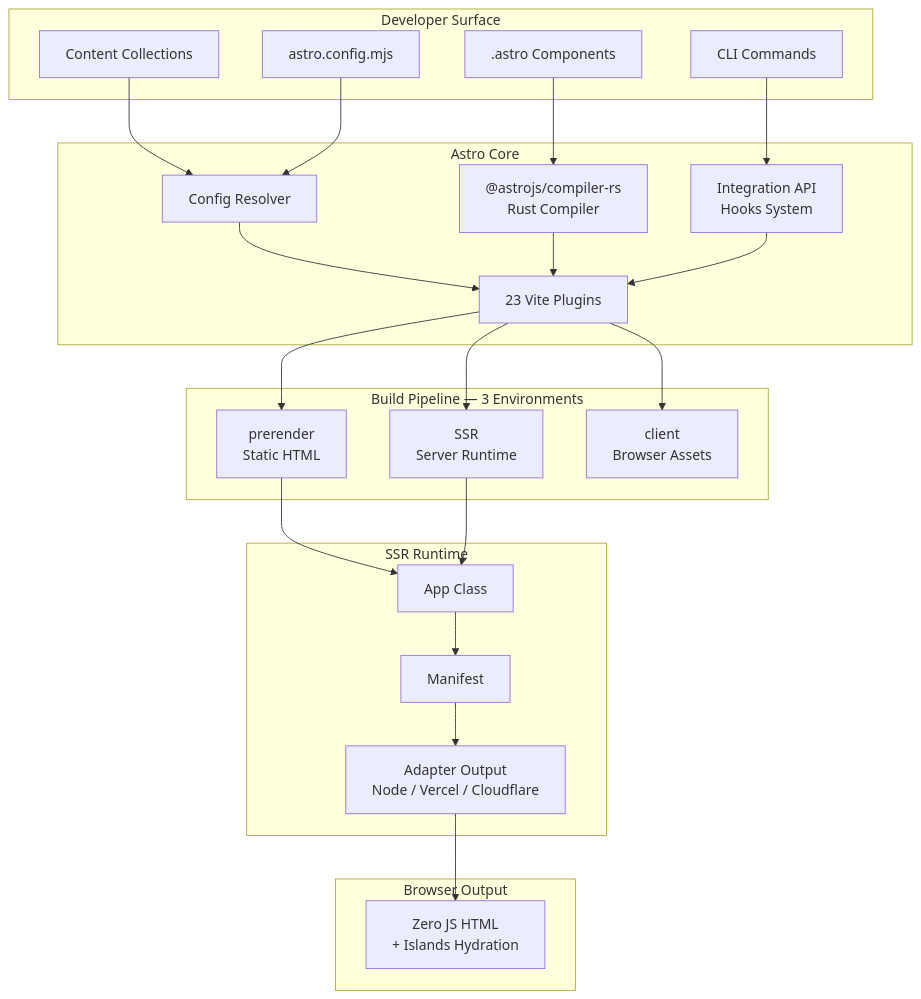
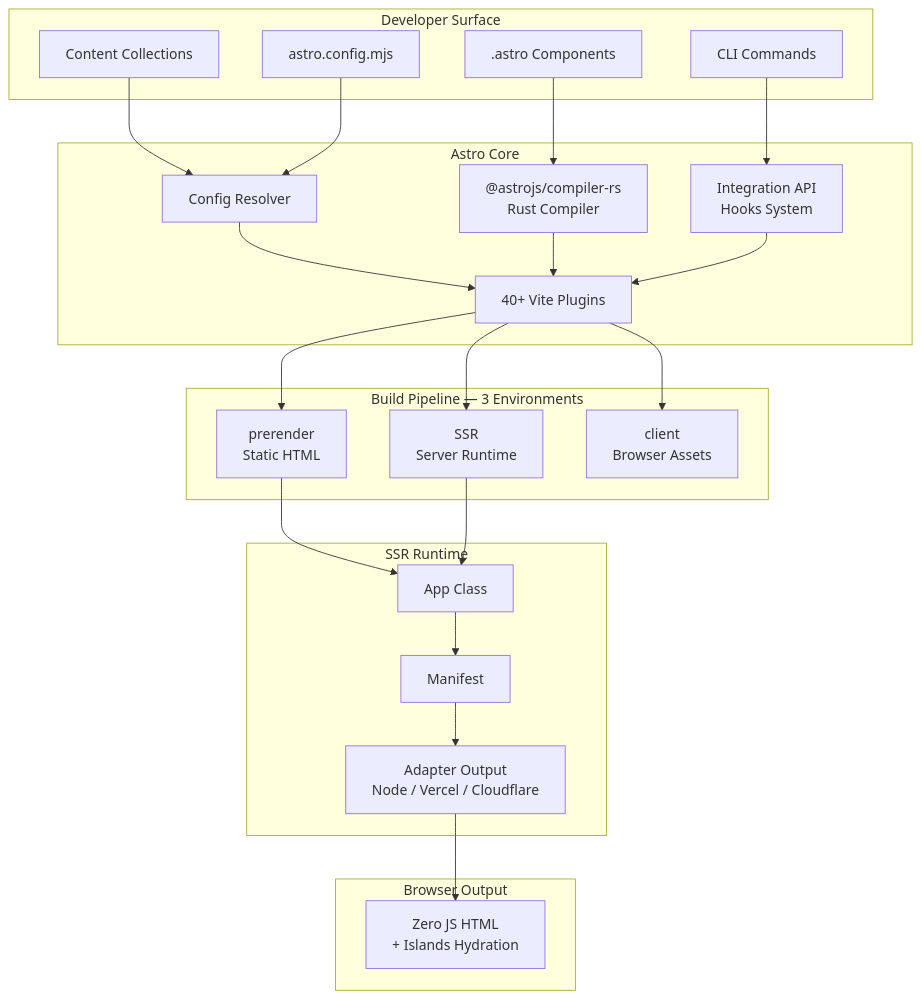
The first of 2 diagrams in [src.Astro]/astro/markdown/00-overview.md (ewe-studios/explorations), drawn with Mermaid before and after one commit. The commit also changed other lines of this file and 22 other files, not shown here.

````diff
--- a/[src.Astro]/astro/markdown/00-overview.md
+++ b/[src.Astro]/astro/markdown/00-overview.md
@@ -29,48 +29,48 @@
 ```mermaid
 flowchart TD
     subgraph Dev["Developer Surface"]
         A[".astro Components"]
         B["Content Collections"]
         C["astro.config.mjs"]
         D["CLI Commands"]
     end
 
     subgraph Core["Astro Core"]
         E["@astrojs/compiler-rs\nRust Compiler"]
-        F["23 Vite Plugins"]
+        F["40+ Vite Plugins"]
         G["Integration API\nHooks System"]
         H["Config Resolver"]
     end
 
     subgraph Build["Build Pipeline — 3 Environments"]
         I["prerender\nStatic HTML"]
         J["SSR\nServer Runtime"]
         K["client\nBrowser Assets"]
     end
 
     subgraph Runtime["SSR Runtime"]
         L["App Class"]
         M["Manifest"]
         N["Adapter Output\nNode / Vercel / Cloudflare"]
     end
 
     subgraph Browser["Browser Output"]
         O["Zero JS HTML\n+ Islands Hydration"]
     end
 
     A --> E
     B --> H
     C --> H
     D --> G
     H --> F
     E --> F
     G --> F
     F --> I
     F --> J
     F --> K
     I --> L
     J --> L
     L --> M
     M --> N
     N --> O
 ```
````
